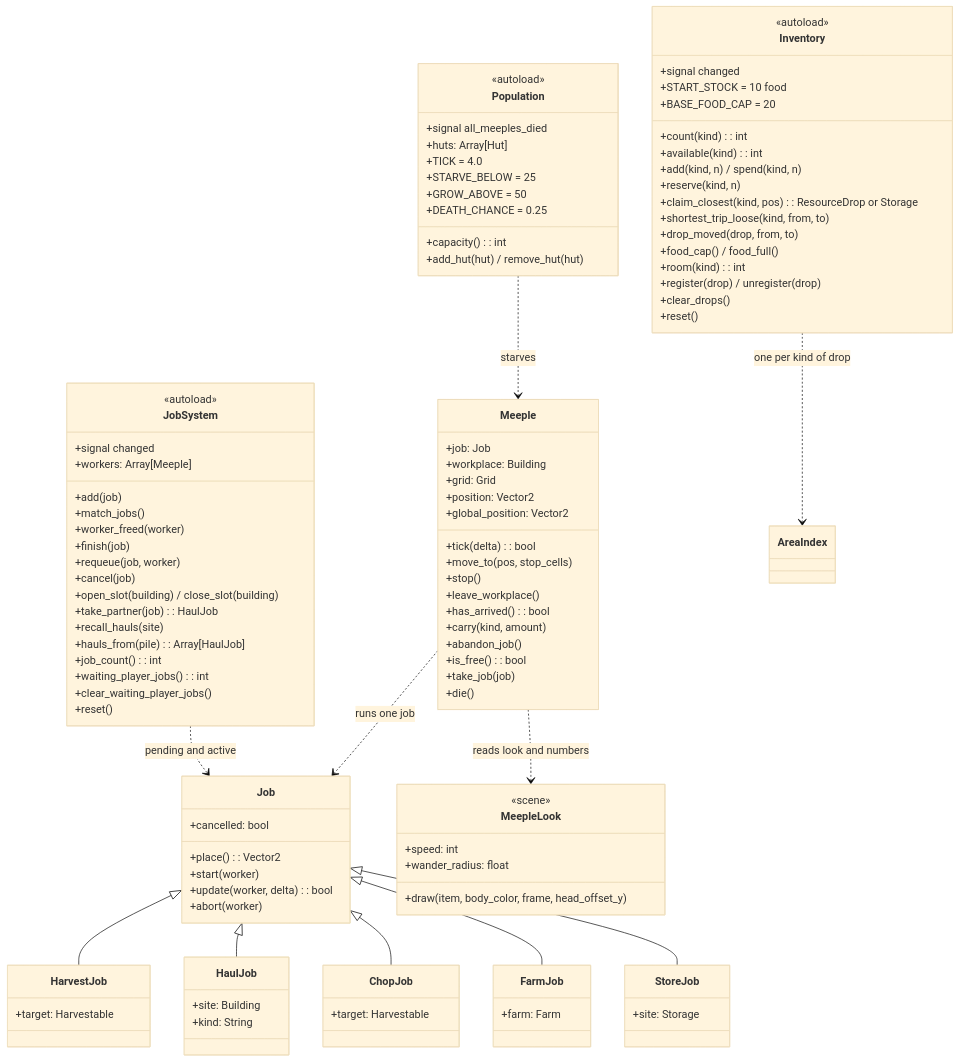
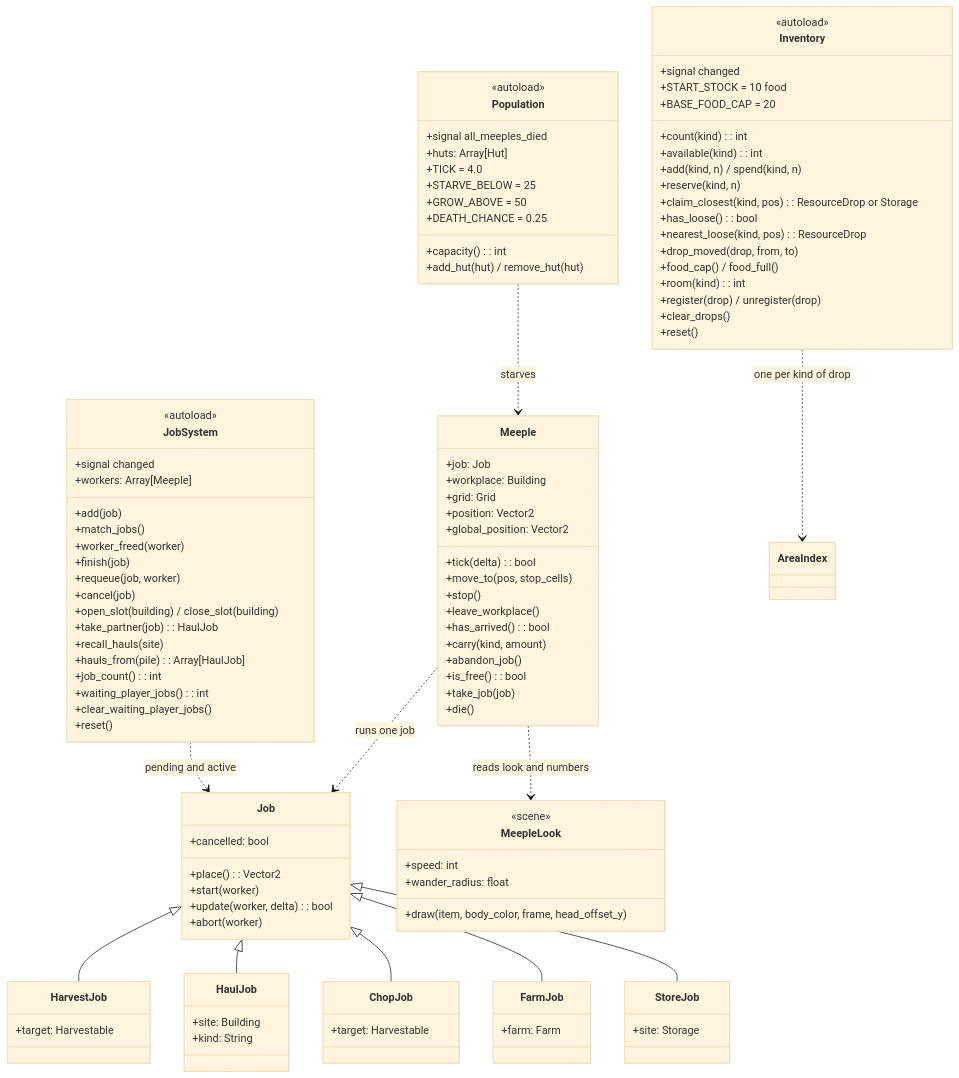
Before and after one commit to Liam-M-Mays/game-jam-2026: the tenth of 11 diagrams in docs/architecture.md, drawn with Mermaid (base theme). The commit also changed other lines of this file and 8 other files, not shown here.

```diff
--- a/docs/architecture.md
+++ b/docs/architecture.md
@@ -678,7 +678,8 @@
         +add(kind, n) / spend(kind, n)
         +reserve(kind, n)
         +claim_closest(kind, pos): ResourceDrop or Storage
-        +shortest_trip_loose(kind, from, to)
+        +has_loose(): bool
+        +nearest_loose(kind, pos): ResourceDrop
         +drop_moved(drop, from, to)
         +food_cap() / food_full()
         +room(kind): int
```
